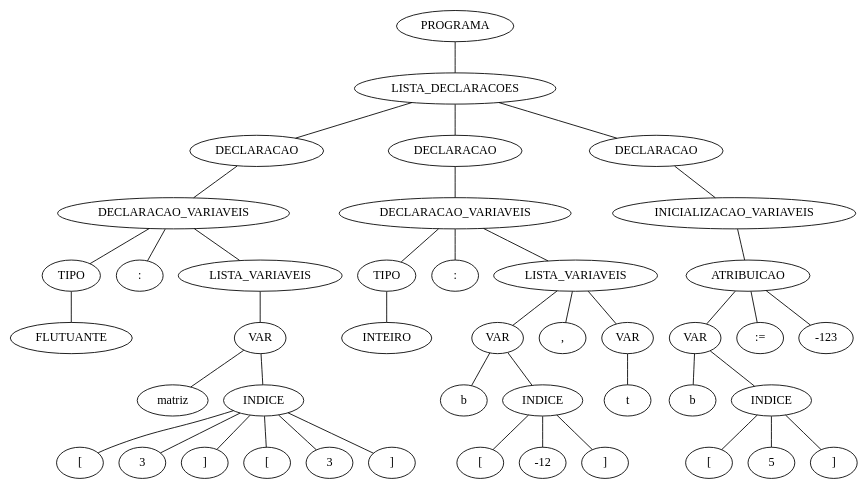
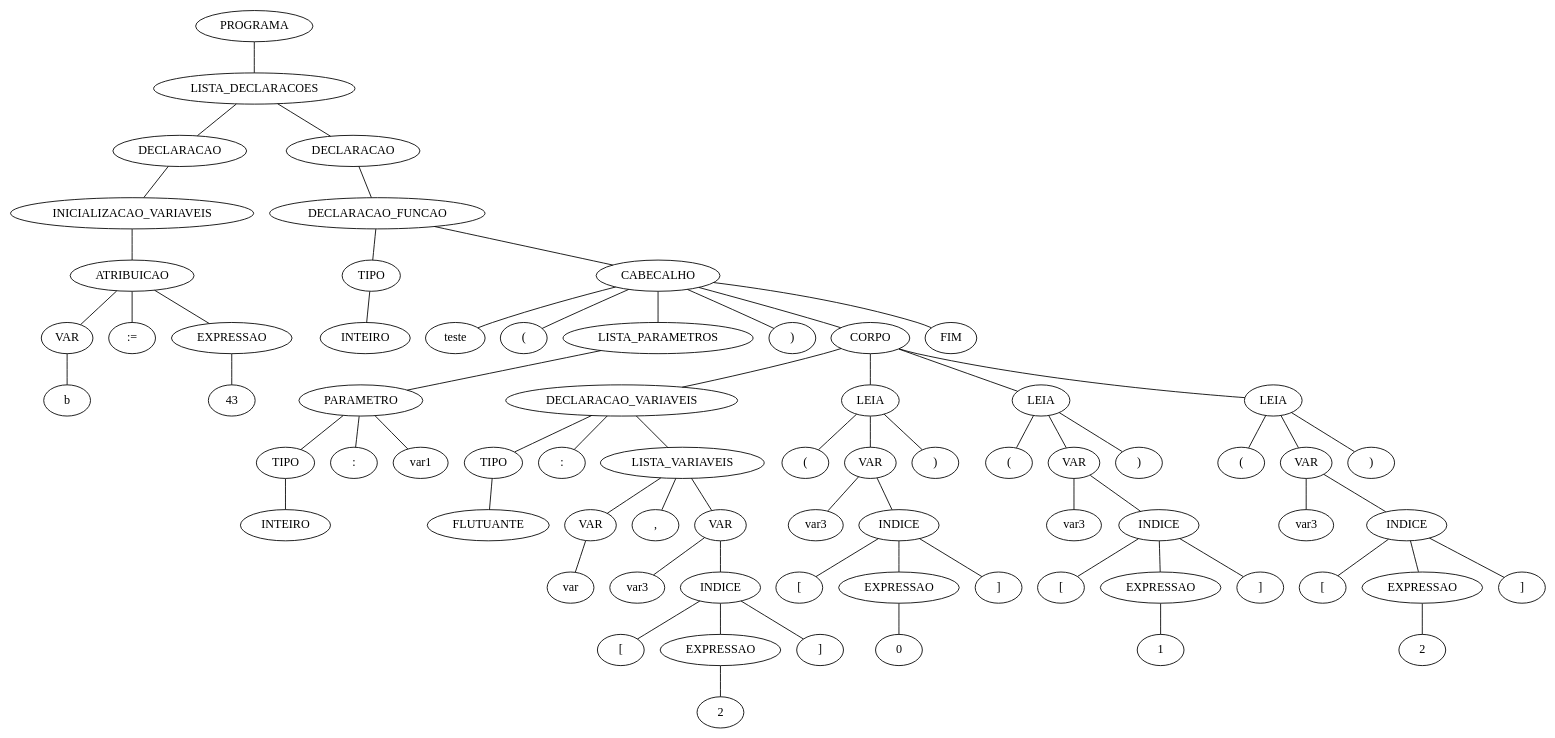
Before and after one commit to DanielVenturini/VCC: the diagram in tree.dot, drawn with Graphviz. The commit also changed 2 other files, not shown here.

Commit message:
Reconhecendo LEIA

```diff
--- a/tree.dot
+++ b/tree.dot
@@ -1,129 +1,213 @@
 strict graph G {
-    17937072 [label="PROGRAMA"];
-    17937168 [label="LISTA_DECLARACOES"];
-    17937072 -- 17937168;
-    17937168 [label="LISTA_DECLARACOES"];
-    17937264 [label="DECLARACAO"];
-    17937168 -- 17937264;
-    17938176 [label="DECLARACAO"];
-    17937168 -- 17938176;
-    17940912 [label="DECLARACAO"];
-    17937168 -- 17940912;
-    17937264 [label="DECLARACAO"];
-    17937392 [label="DECLARACAO_VARIAVEIS"];
-    17937264 -- 17937392;
-    17937392 [label="DECLARACAO_VARIAVEIS"];
-    17937488 [label="TIPO"];
-    17937392 -- 17937488;
-    17937712 [label=":"];
-    17937392 -- 17937712;
-    17937808 [label="LISTA_VARIAVEIS"];
-    17937392 -- 17937808;
-    17937488 [label="TIPO"];
-    17937584 [label="FLUTUANTE"];
-    17937488 -- 17937584;
-    17937584 [label="FLUTUANTE"];
-    17937712 [label=":"];
-    17937808 [label="LISTA_VARIAVEIS"];
-    17937904 [label="VAR"];
-    17937808 -- 17937904;
-    17937904 [label="VAR"];
-    17938000 [label="matriz"];
-    17937904 -- 17938000;
-    17938128 [label="INDICE"];
-    17937904 -- 17938128;
-    17938000 [label="matriz"];
-    17938128 [label="INDICE"];
-    17938224 [label="["];
-    17938128 -- 17938224;
-    17938416 [label="3"];
-    17938128 -- 17938416;
-    17938544 [label="]"];
-    17938128 -- 17938544;
-    17938672 [label="["];
-    17938128 -- 17938672;
-    17938832 [label="3"];
-    17938128 -- 17938832;
-    17938960 [label="]"];
-    17938128 -- 17938960;
-    17938224 [label="["];
-    17938416 [label="3"];
-    17938544 [label="]"];
-    17938672 [label="["];
-    17938832 [label="3"];
-    17938960 [label="]"];
-    17938176 [label="DECLARACAO"];
-    17939248 [label="DECLARACAO_VARIAVEIS"];
-    17938176 -- 17939248;
-    17939248 [label="DECLARACAO_VARIAVEIS"];
-    17939344 [label="TIPO"];
-    17939248 -- 17939344;
-    17939568 [label=":"];
-    17939248 -- 17939568;
-    17939664 [label="LISTA_VARIAVEIS"];
-    17939248 -- 17939664;
-    17939344 [label="TIPO"];
-    17939440 [label="INTEIRO"];
-    17939344 -- 17939440;
-    17939440 [label="INTEIRO"];
-    17939568 [label=":"];
-    17939664 [label="LISTA_VARIAVEIS"];
-    17939760 [label="VAR"];
-    17939664 -- 17939760;
-    17940528 [label=","];
-    17939664 -- 17940528;
-    17940656 [label="VAR"];
-    17939664 -- 17940656;
-    17939760 [label="VAR"];
-    17939856 [label="b"];
-    17939760 -- 17939856;
-    17939984 [label="INDICE"];
-    17939760 -- 17939984;
-    17939856 [label="b"];
-    17939984 [label="INDICE"];
-    17940080 [label="["];
-    17939984 -- 17940080;
-    17940272 [label="-12"];
-    17939984 -- 17940272;
-    17940400 [label="]"];
-    17939984 -- 17940400;
-    17940080 [label="["];
-    17940272 [label="-12"];
-    17940400 [label="]"];
-    17940528 [label=","];
-    17940656 [label="VAR"];
-    17940752 [label="t"];
-    17940656 -- 17940752;
-    17940752 [label="t"];
-    17940912 [label="DECLARACAO"];
-    17941040 [label="INICIALIZACAO_VARIAVEIS"];
-    17940912 -- 17941040;
-    17941040 [label="INICIALIZACAO_VARIAVEIS"];
-    17941136 [label="ATRIBUICAO"];
-    17941040 -- 17941136;
-    17941136 [label="ATRIBUICAO"];
-    17941232 [label="VAR"];
-    17941136 -- 17941232;
-    17941968 [label=":="];
-    17941136 -- 17941968;
-    17942128 [label="-123"];
-    17941136 -- 17942128;
-    17941232 [label="VAR"];
-    17941328 [label="b"];
-    17941232 -- 17941328;
-    17941424 [label="INDICE"];
-    17941232 -- 17941424;
-    17941328 [label="b"];
-    17941424 [label="INDICE"];
-    17941520 [label="["];
-    17941424 -- 17941520;
-    17941712 [label="5"];
-    17941424 -- 17941712;
-    17941840 [label="]"];
-    17941424 -- 17941840;
-    17941520 [label="["];
-    17941712 [label="5"];
-    17941840 [label="]"];
-    17941968 [label=":="];
-    17942128 [label="-123"];
+    25469616 [label="PROGRAMA"];
+    25469712 [label="LISTA_DECLARACOES"];
+    25469616 -- 25469712;
+    25469712 [label="LISTA_DECLARACOES"];
+    25469808 [label="DECLARACAO"];
+    25469712 -- 25469808;
+    25470736 [label="DECLARACAO"];
+    25469712 -- 25470736;
+    25469808 [label="DECLARACAO"];
+    25469936 [label="INICIALIZACAO_VARIAVEIS"];
+    25469808 -- 25469936;
+    25469936 [label="INICIALIZACAO_VARIAVEIS"];
+    25470032 [label="ATRIBUICAO"];
+    25469936 -- 25470032;
+    25470032 [label="ATRIBUICAO"];
+    25470128 [label="VAR"];
+    25470032 -- 25470128;
+    25470320 [label=":="];
+    25470032 -- 25470320;
+    25470512 [label="EXPRESSAO"];
+    25470032 -- 25470512;
+    25470128 [label="VAR"];
+    25470224 [label="b"];
+    25470128 -- 25470224;
+    25470224 [label="b"];
+    25470320 [label=":="];
+    25470512 [label="EXPRESSAO"];
+    25470608 [label="43"];
+    25470512 -- 25470608;
+    25470608 [label="43"];
+    25470736 [label="DECLARACAO"];
+    25470864 [label="DECLARACAO_FUNCAO"];
+    25470736 -- 25470864;
+    25470864 [label="DECLARACAO_FUNCAO"];
+    25470960 [label="TIPO"];
+    25470864 -- 25470960;
+    25471152 [label="CABECALHO"];
+    25470864 -- 25471152;
+    25470960 [label="TIPO"];
+    25471056 [label="INTEIRO"];
+    25470960 -- 25471056;
+    25471056 [label="INTEIRO"];
+    25471152 [label="CABECALHO"];
+    25471248 [label="teste"];
+    25471152 -- 25471248;
+    25471376 [label="("];
+    25471152 -- 25471376;
+    25471536 [label="LISTA_PARAMETROS"];
+    25471152 -- 25471536;
+    25472208 [label=")"];
+    25471152 -- 25472208;
+    25472368 [label="CORPO"];
+    25471152 -- 25472368;
+    25471200 [label="FIM"];
+    25471152 -- 25471200;
+    25471248 [label="teste"];
+    25471376 [label="("];
+    25471536 [label="LISTA_PARAMETROS"];
+    25471632 [label="PARAMETRO"];
+    25471536 -- 25471632;
+    25471632 [label="PARAMETRO"];
+    25471728 [label="TIPO"];
+    25471632 -- 25471728;
+    25471952 [label=":"];
+    25471632 -- 25471952;
+    25472080 [label="var1"];
+    25471632 -- 25472080;
+    25471728 [label="TIPO"];
+    25471824 [label="INTEIRO"];
+    25471728 -- 25471824;
+    25471824 [label="INTEIRO"];
+    25471952 [label=":"];
+    25472080 [label="var1"];
+    25472208 [label=")"];
+    25472368 [label="CORPO"];
+    25472464 [label="DECLARACAO_VARIAVEIS"];
+    25472368 -- 25472464;
+    25474256 [label="LEIA"];
+    25472368 -- 25474256;
+    25475504 [label="LEIA"];
+    25472368 -- 25475504;
+    25476752 [label="LEIA"];
+    25472368 -- 25476752;
+    25472464 [label="DECLARACAO_VARIAVEIS"];
+    25472560 [label="TIPO"];
+    25472464 -- 25472560;
+    25472816 [label=":"];
+    25472464 -- 25472816;
+    25472912 [label="LISTA_VARIAVEIS"];
+    25472464 -- 25472912;
+    25472560 [label="TIPO"];
+    25472656 [label="FLUTUANTE"];
+    25472560 -- 25472656;
+    25472656 [label="FLUTUANTE"];
+    25472816 [label=":"];
+    25472912 [label="LISTA_VARIAVEIS"];
+    25473008 [label="VAR"];
+    25472912 -- 25473008;
+    25473232 [label=","];
+    25472912 -- 25473232;
+    25473392 [label="VAR"];
+    25472912 -- 25473392;
+    25473008 [label="VAR"];
+    25473104 [label="var"];
+    25473008 -- 25473104;
+    25473104 [label="var"];
+    25473232 [label=","];
+    25473392 [label="VAR"];
+    25473488 [label="var3"];
+    25473392 -- 25473488;
+    25473616 [label="INDICE"];
+    25473392 -- 25473616;
+    25473488 [label="var3"];
+    25473616 [label="INDICE"];
+    25473712 [label="["];
+    25473616 -- 25473712;
+    25473904 [label="EXPRESSAO"];
+    25473616 -- 25473904;
+    25474128 [label="]"];
+    25473616 -- 25474128;
+    25473712 [label="["];
+    25473904 [label="EXPRESSAO"];
+    25474000 [label="2"];
+    25473904 -- 25474000;
+    25474000 [label="2"];
+    25474128 [label="]"];
+    25474256 [label="LEIA"];
+    25474384 [label="("];
+    25474256 -- 25474384;
+    25474512 [label="VAR"];
+    25474256 -- 25474512;
+    25475376 [label=")"];
+    25474256 -- 25475376;
+    25474384 [label="("];
+    25474512 [label="VAR"];
+    25474608 [label="var3"];
+    25474512 -- 25474608;
+    25474736 [label="INDICE"];
+    25474512 -- 25474736;
+    25474608 [label="var3"];
+    25474736 [label="INDICE"];
+    25474832 [label="["];
+    25474736 -- 25474832;
+    25475024 [label="EXPRESSAO"];
+    25474736 -- 25475024;
+    25475248 [label="]"];
+    25474736 -- 25475248;
+    25474832 [label="["];
+    25475024 [label="EXPRESSAO"];
+    25475120 [label="0"];
+    25475024 -- 25475120;
+    25475120 [label="0"];
+    25475248 [label="]"];
+    25475376 [label=")"];
+    25475504 [label="LEIA"];
+    25475632 [label="("];
+    25475504 -- 25475632;
+    25475760 [label="VAR"];
+    25475504 -- 25475760;
+    25476624 [label=")"];
+    25475504 -- 25476624;
+    25475632 [label="("];
+    25475760 [label="VAR"];
+    25475856 [label="var3"];
+    25475760 -- 25475856;
+    25475984 [label="INDICE"];
+    25475760 -- 25475984;
+    25475856 [label="var3"];
+    25475984 [label="INDICE"];
+    25476080 [label="["];
+    25475984 -- 25476080;
+    25476272 [label="EXPRESSAO"];
+    25475984 -- 25476272;
+    25476496 [label="]"];
+    25475984 -- 25476496;
+    25476080 [label="["];
+    25476272 [label="EXPRESSAO"];
+    25476368 [label="1"];
+    25476272 -- 25476368;
+    25476368 [label="1"];
+    25476496 [label="]"];
+    25476624 [label=")"];
+    25476752 [label="LEIA"];
+    25476880 [label="("];
+    25476752 -- 25476880;
+    25477008 [label="VAR"];
+    25476752 -- 25477008;
+    25477872 [label=")"];
+    25476752 -- 25477872;
+    25476880 [label="("];
+    25477008 [label="VAR"];
+    25477104 [label="var3"];
+    25477008 -- 25477104;
+    25477232 [label="INDICE"];
+    25477008 -- 25477232;
+    25477104 [label="var3"];
+    25477232 [label="INDICE"];
+    25477328 [label="["];
+    25477232 -- 25477328;
+    25477520 [label="EXPRESSAO"];
+    25477232 -- 25477520;
+    25477744 [label="]"];
+    25477232 -- 25477744;
+    25477328 [label="["];
+    25477520 [label="EXPRESSAO"];
+    25477616 [label="2"];
+    25477520 -- 25477616;
+    25477616 [label="2"];
+    25477744 [label="]"];
+    25477872 [label=")"];
+    25471200 [label="FIM"];
 }
```
